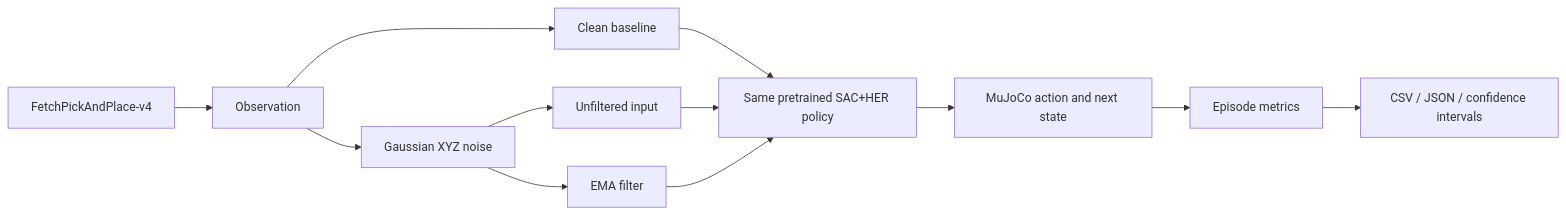
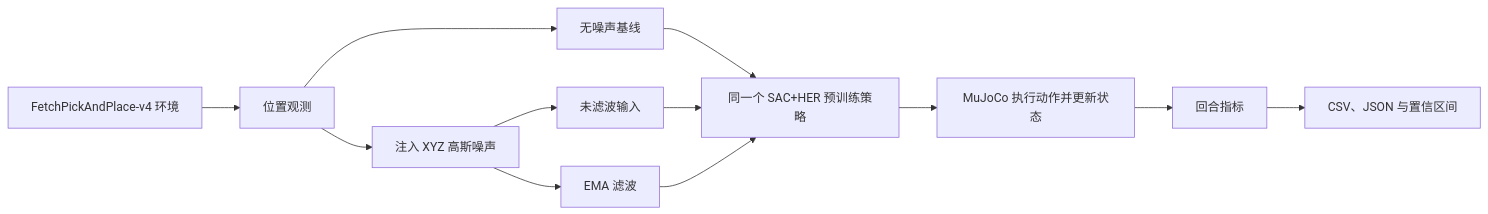
Before and after one commit to ELIMS-ECHO/mujoco-robustness-portfolio: the diagram in README.md, drawn with Mermaid. The commit also changed other lines of this file, not shown here.

````diff
--- a/README.md
+++ b/README.md
@@ -47,14 +47,14 @@
-```mermaid
+~~~mermaid
 flowchart LR
-    A[FetchPickAndPlace-v4] --> B[Observation]
-    B --> C[Clean baseline]
-    B --> D[Gaussian XYZ noise]
-    D --> E[Unfiltered input]
-    D --> F[EMA filter]
-    C --> G[Same pretrained SAC+HER policy]
+    A[FetchPickAndPlace-v4 环境] --> B[位置观测]
+    B --> C[无噪声基线]
+    B --> D[注入 XYZ 高斯噪声]
+    D --> E[未滤波输入]
+    D --> F[EMA 滤波]
+    C --> G[同一个 SAC+HER 预训练策略]
     E --> G
     F --> G
-    G --> H[MuJoCo action and next state]
-    H --> I[Episode metrics]
-    I --> J[CSV / JSON / confidence intervals]
-```
+    G --> H[MuJoCo 执行动作并更新状态]
+    H --> I[回合指标]
+    I --> J[CSV、JSON 与置信区间]
+~~~
````
